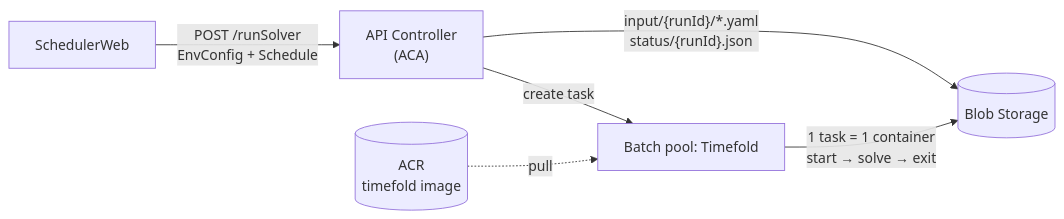
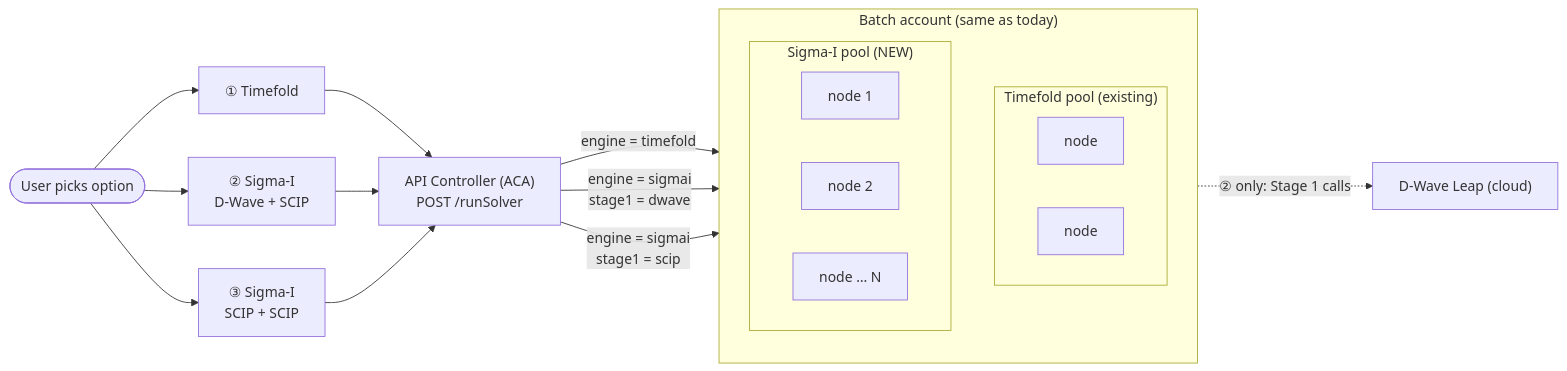
Before and after one commit to WhiTeXCharGe/TF_Testing: the first of 12 diagrams in SigmaI/SigmaI_Azure_ImplementationPlan20261013.md, drawn with Mermaid. The commit also changed other lines of this file and 2 other files, not shown here.

Commit message:
update implementation plan for sigmaAI

````diff
--- a/SigmaI/SigmaI_Azure_ImplementationPlan20261013.md
+++ b/SigmaI/SigmaI_Azure_ImplementationPlan20261013.md
@@ -14,8 +20,28 @@
 ```mermaid
 flowchart LR
-    W["SchedulerWeb"] -->|"POST /runSolver<br/>EnvConfig + Schedule"| API["API Controller<br/>(ACA)"]
-    API -->|"input/{runId}/*.yaml<br/>status/{runId}.json"| BLOB[("Blob Storage")]
-    API -->|"create task"| TFPOOL["Batch pool: Timefold"]
-    TFPOOL -->|"1 task = 1 container<br/>start → solve → exit"| BLOB
-    ACR[("ACR<br/>timefold image")] -.->|pull| TFPOOL
+    U(["User picks option"]) --> O1["① Timefold"]
+    U --> O2["② Sigma-I<br/>D-Wave + SCIP"]
+    U --> O3["③ Sigma-I<br/>SCIP + SCIP"]
+
+    O1 --> API["API Controller (ACA)<br/>POST /runSolver"]
+    O2 --> API
+    O3 --> API
+
+    subgraph BA["Batch account (same as today)"]
+        direction TB
+        subgraph TP["Timefold pool (existing)"]
+            TN1["node"]
+            TN2["node"]
+        end
+        subgraph SP["Sigma-I pool (NEW)"]
+            SN1["node 1"]
+            SN2["node 2"]
+            SN3["node … N"]
+        end
+    end
+
+    API -->|"engine = timefold"| TP
+    API -->|"engine = sigmai<br/>stage1 = dwave"| SP
+    API -->|"engine = sigmai<br/>stage1 = scip"| SP
+    SP -.->|"② only: Stage 1 calls"| DW["D-Wave Leap (cloud)"]
 ```
````
